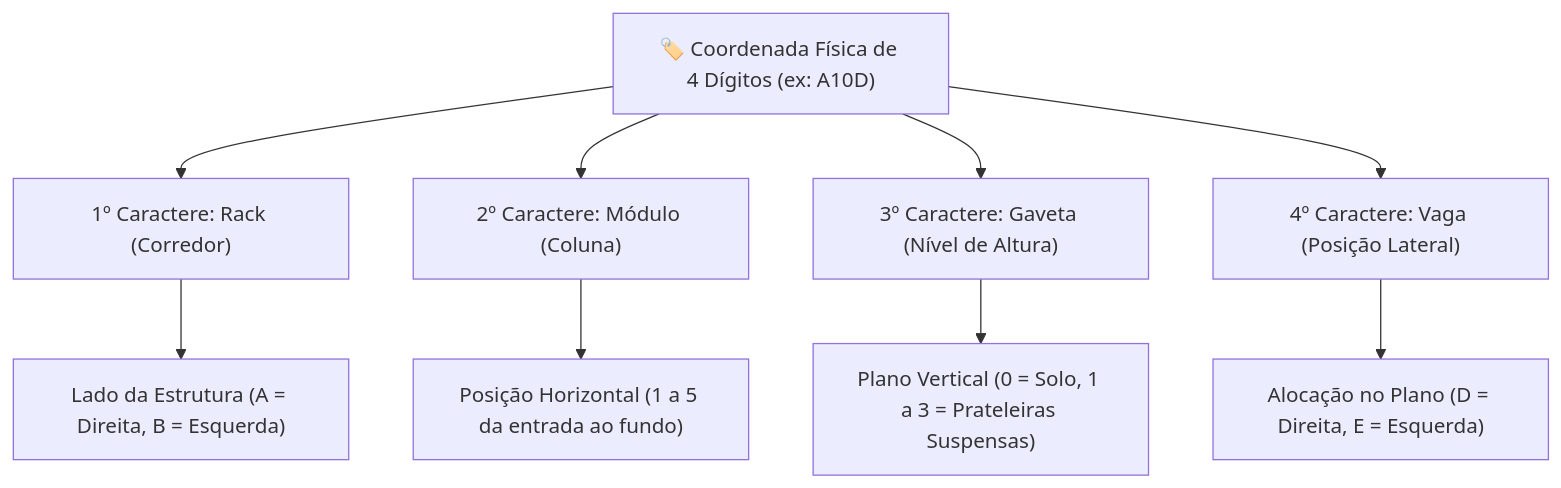
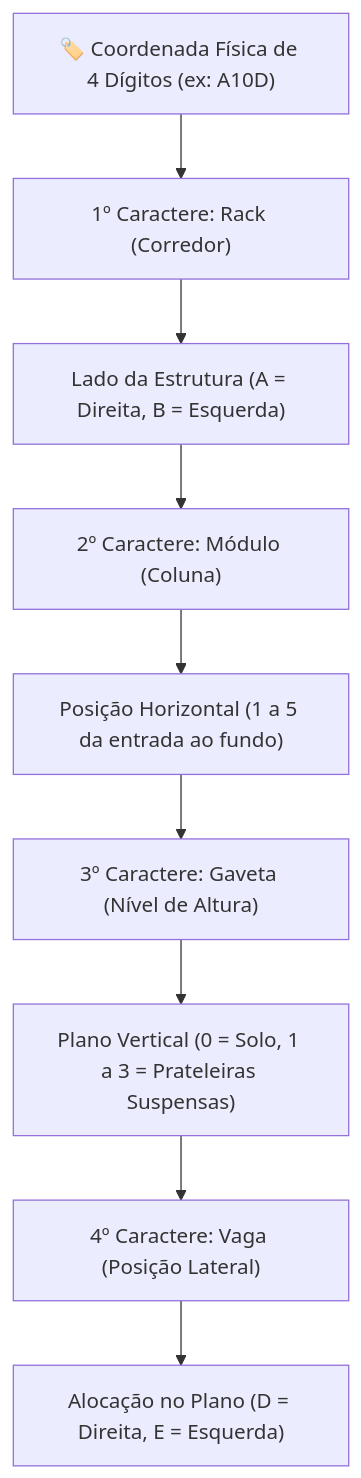
Before and after one commit to NaejBarbosa/paletscan-etl: the first of 2 diagrams in docs/pwa-vagas-zoneamento.md, drawn with Mermaid. The commit also changed other lines of this file and 4 other files, not shown here.

Commit message:
fix(docs): encadear diagramas em esteiras estritamente verticais para visualizacao mobile perfeita

````diff
--- a/docs/pwa-vagas-zoneamento.md
+++ b/docs/pwa-vagas-zoneamento.md
@@ -11,16 +11,16 @@
 ```mermaid
 flowchart TD
     COORD["🏷️ Coordenada Física de 4 Dígitos (ex: A10D)"]
     
     COORD --> P1["1º Caractere: Rack (Corredor)"]
     P1 --> D1["Lado da Estrutura (A = Direita, B = Esquerda)"]
     
-    COORD --> P2["2º Caractere: Módulo (Coluna)"]
+    D1 --> P2["2º Caractere: Módulo (Coluna)"]
     P2 --> D2["Posição Horizontal (1 a 5 da entrada ao fundo)"]
     
-    COORD --> P3["3º Caractere: Gaveta (Nível de Altura)"]
+    D2 --> P3["3º Caractere: Gaveta (Nível de Altura)"]
     P3 --> D3["Plano Vertical (0 = Solo, 1 a 3 = Prateleiras Suspensas)"]
     
-    COORD --> P4["4º Caractere: Vaga (Posição Lateral)"]
+    D3 --> P4["4º Caractere: Vaga (Posição Lateral)"]
     P4 --> D4["Alocação no Plano (D = Direita, E = Esquerda)"]
 ```
````
